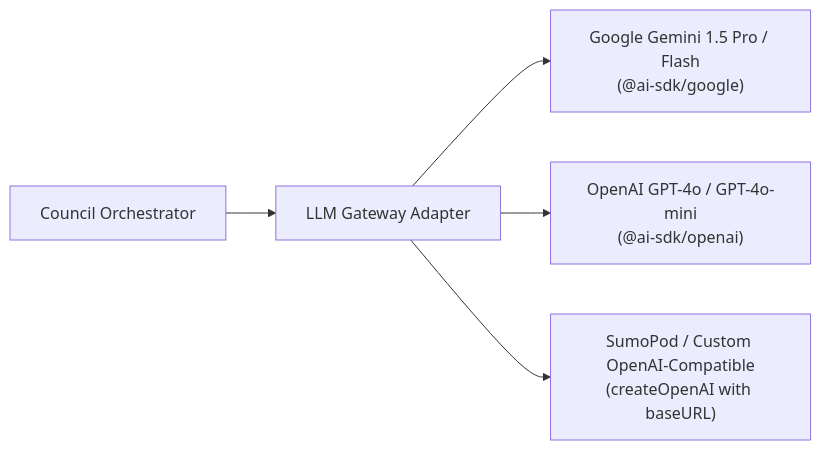
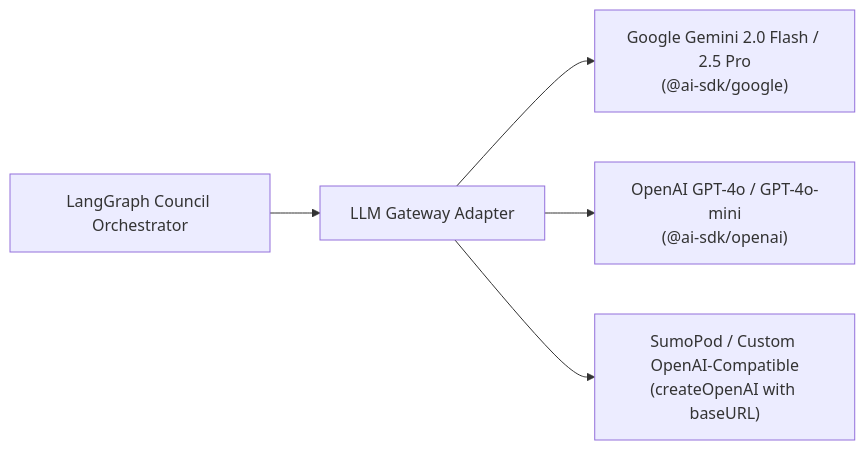
Before and after one commit to masbroustudio/VenturePulse: the diagram in docs/API_INTEGRATION.md, drawn with Mermaid. The commit also changed other lines of this file and 4 other files, not shown here.

Commit message:
fix: integrate Supabase pgvector, LangGraph, LangFuse, DeepEval, fix Qloo hackathon gateway URL and dual auth

````diff
--- a/docs/API_INTEGRATION.md
+++ b/docs/API_INTEGRATION.md
@@ -38,7 +45,7 @@
 ```mermaid
 flowchart LR
-    CouncilCore["Council Orchestrator"] --> Gateway["LLM Gateway Adapter"]
-    Gateway --> Google["Google Gemini 1.5 Pro / Flash\n(@ai-sdk/google)"]
+    CouncilCore["LangGraph Council Orchestrator"] --> Gateway["LLM Gateway Adapter"]
+    Gateway --> Google["Google Gemini 2.0 Flash / 2.5 Pro\n(@ai-sdk/google)"]
     Gateway --> OpenAI["OpenAI GPT-4o / GPT-4o-mini\n(@ai-sdk/openai)"]
     Gateway --> SumoPod["SumoPod / Custom OpenAI-Compatible\n(createOpenAI with baseURL)"]
 ```
````
